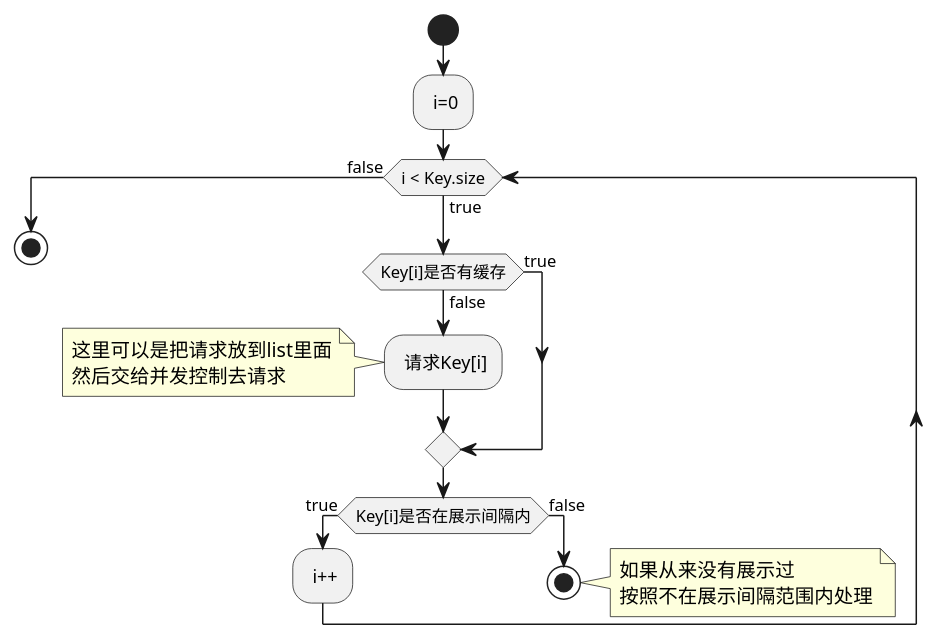
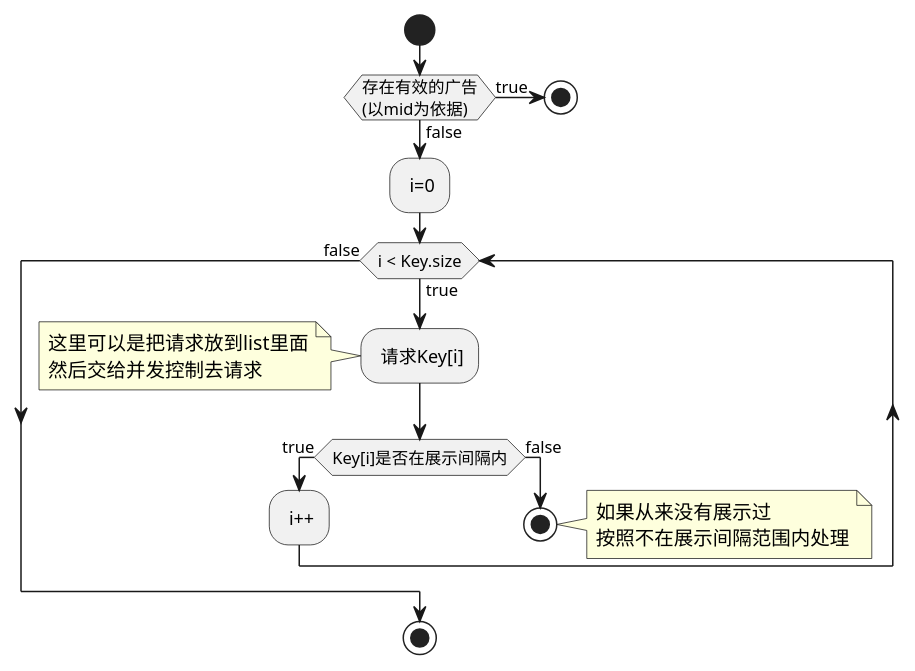
One commit to o0starshine0o/AndroidStudy changed the diagram in UML/Advertisement.puml. Above: the diagram before and after it, drawn with PlantUML.

Commit message:
add: Advertisement.puml

```diff
--- a/UML/Advertisement.puml
+++ b/UML/Advertisement.puml
@@ -1,24 +1,25 @@
 @startuml
 start
-: i=0;
-while (i < Key.size) is (true)
-    if (Key[i]是否有缓存) then (false)
+if (存在有效的广告\n(以mid为依据)) then (true)
+    stop
+else (false)
+    : i=0;
+    while (i < Key.size) is (true)
         : 请求Key[i];
         note left
             这里可以是把请求放到list里面
             然后交给并发控制去请求
         end note
-    else (true)
-    endif
-    if (Key[i]是否在展示间隔内) then (true);
-        : i++;
-    else (false)
-        stop
-        note right
-            如果从来没有展示过
-            按照不在展示间隔范围内处理
-        end note
-    endif
-endWhile (false)
-stop
+        if (Key[i]是否在展示间隔内) then (true);
+            : i++;
+        else (false)
+            stop
+            note right
+                如果从来没有展示过
+                按照不在展示间隔范围内处理
+            end note
+        endif
+    endWhile (false)
+    stop
+endif
 @enduml
```
